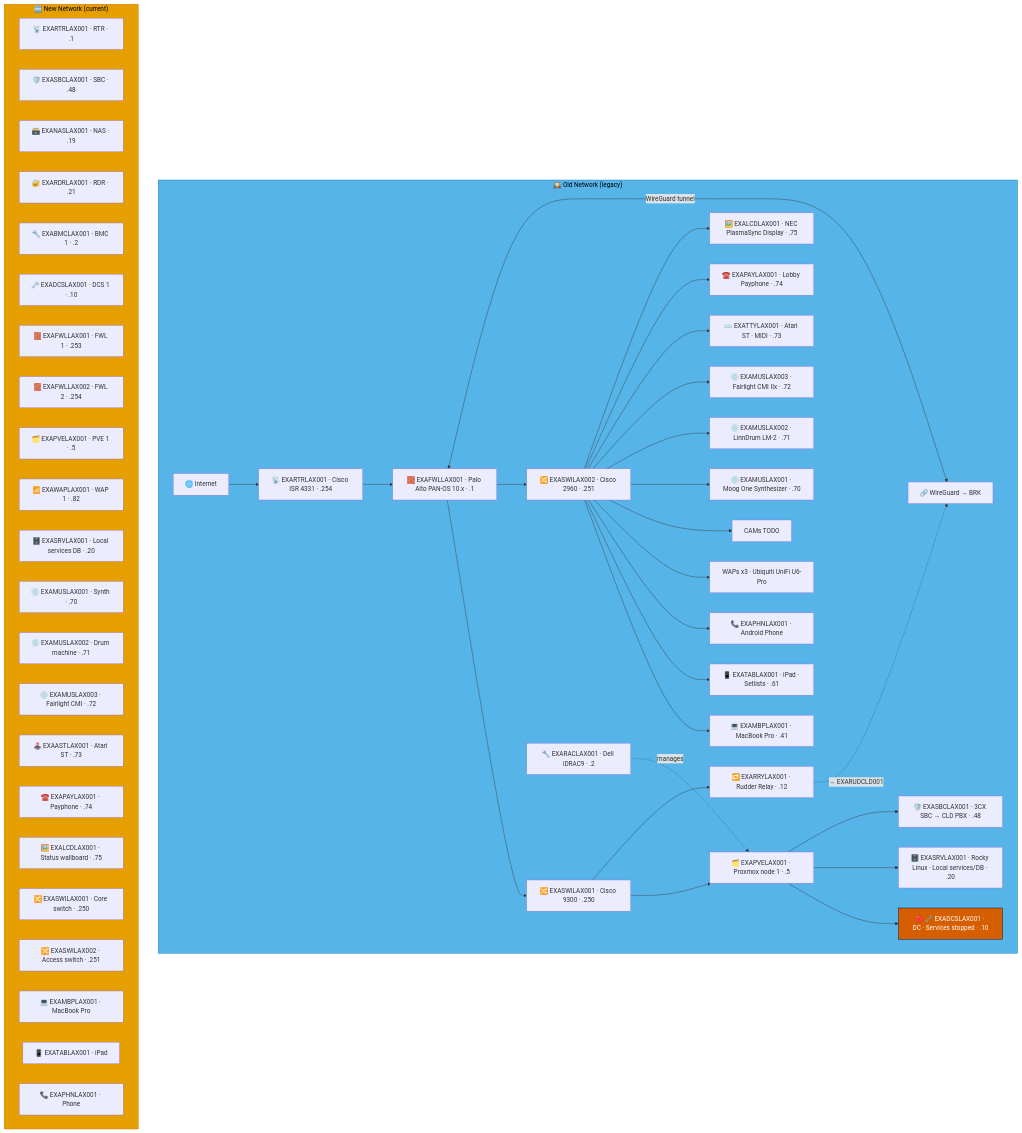
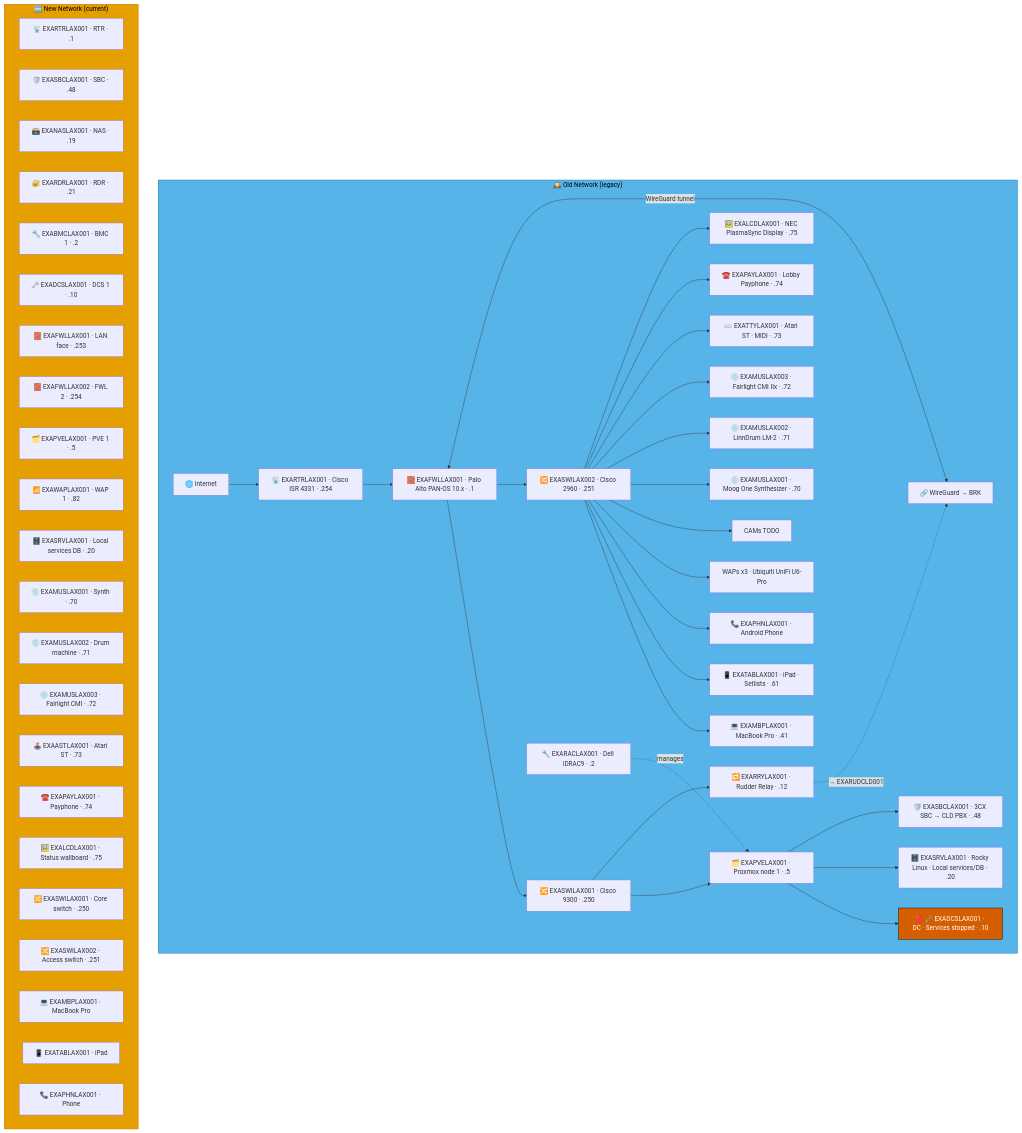
Before and after one commit to knightmare2600/example_music_infra: the first of 8 diagrams in docs/network-diagram/united-states.md, drawn with Mermaid. The commit also changed other lines of this file and 17 other files, not shown here.

````diff
--- a/docs/network-diagram/united-states.md
+++ b/docs/network-diagram/united-states.md
@@ -17,68 +17,68 @@
 ```mermaid
 graph TD
     subgraph OLD_LAX ["🕰️ Old Network (legacy)"]
       INET["🌐 Internet"]
       FWL["🧱 EXAFWLLAX001 · Palo Alto PAN-OS 10.x · .1"]
       SW1["🔀 EXASWILAX001 · Cisco 9300 · .250"]
       SW2["🔀 EXASWILAX002 · Cisco 2960 · .251"]
       RTR["📡 EXARTRLAX001 · Cisco ISR 4331 · .254"]
       RAC["🔧 EXARACLAX001 · Dell iDRAC9 · .2"]
       PVE["🗂️ EXAPVELAX001 · Proxmox node 1 · .5"]
       DC["🔴 🗝️ EXADCSLAX001 · DC · Services stopped · .10"]
       SRV["🗄️ EXASRVLAX001 · Rocky Linux · Local services/DB · .20"]
       SBC["🛡️ EXASBCLAX001 · 3CX SBC → CLD PBX · .48"]
       RRY["🔁 EXARRYLAX001 · Rudder Relay · .12"]
       MBP["💻 EXAMBPLAX001 · MacBook Pro · .41"]
       TAB["📱 EXATABLAX001 · iPad · Setlists · .61"]
       PHN["📞 EXAPHNLAX001 · Android Phone"]
       WAP["WAPs x3 · Ubiquiti UniFi U6-Pro"]
       CAM["CAMs TODO"]
       MOO["💿 EXAMUSLAX001 · Moog One Synthesizer · .70"]
       LIN["💿 EXAMUSLAX002 · LinnDrum LM-2 · .71"]
       FCL["💿 EXAMUSLAX003 · Fairlight CMI IIx · .72"]
       AST["⌨️ EXATTYLAX001 · Atari ST · MIDI · .73"]
       PAY["☎️ EXAPAYLAX001 · Lobby Payphone · .74"]
       LCD["🖼️ EXALCDLAX001 · NEC PlasmaSync Display · .75"]
       VPN["🔗 WireGuard → BRK"]
 
       INET --> RTR --> FWL --> SW1 & SW2
       SW1 --> PVE --> DC & SRV & SBC
       RAC -.->|"manages"| PVE
       SW2 --> MBP & TAB & PHN & WAP & CAM
       SW2 --> MOO & LIN & FCL & AST & PAY & LCD
       FWL <-->|"WireGuard tunnel"| VPN
 
       SW1 --> RRY
       RRY -. "→ EXARUDCLD001" .-> VPN
     end
     style OLD_LAX fill:#56B4E9,stroke:#0072B2,color:#000000
     %% GENERATED:NEW-NETWORK:LAX:START
     subgraph NEW_LAX ["🆕 New Network (current)"]
       N_RTR["📡 EXARTRLAX001 · RTR · .1"]
       N_SBC["🛡️ EXASBCLAX001 · SBC · .48"]
       N_NAS["🗃️ EXANASLAX001 · NAS · .19"]
       N_RDR["🔐 EXARDRLAX001 · RDR · .21"]
       N_BMC["🔧 EXABMCLAX001 · BMC 1 · .2"]
       N_DCS["🗝️ EXADCSLAX001 · DCS 1 · .10"]
-      N_FWL["🧱 EXAFWLLAX001 · FWL 1 · .253"]
+      N_FWL["🧱 EXAFWLLAX001 · LAN face · .253"]
       N_FWL2["🧱 EXAFWLLAX002 · FWL 2 · .254"]
       N_PVE["🗂️ EXAPVELAX001 · PVE 1 · .5"]
       N_WAP["📶 EXAWAPLAX001 · WAP 1 · .82"]
       N_SRV["🗄️ EXASRVLAX001 · Local services DB · .20"]
       N_MUS["💿 EXAMUSLAX001 · Synth · .70"]
       N_MUS2["💿 EXAMUSLAX002 · Drum machine · .71"]
       N_MUS3["💿 EXAMUSLAX003 · Fairlight CMI · .72"]
       N_AST["🕹️ EXAASTLAX001 · Atari ST · .73"]
       N_PAY["☎️ EXAPAYLAX001 · Payphone · .74"]
       N_LCD["🖼️ EXALCDLAX001 · Status wallboard · .75"]
       N_SWI["🔀 EXASWILAX001 · Core switch · .250"]
       N_SWI2["🔀 EXASWILAX002 · Access switch · .251"]
       N_MBP["💻 EXAMBPLAX001 · MacBook Pro"]
       N_TAB["📱 EXATABLAX001 · iPad"]
       N_PHN["📞 EXAPHNLAX001 · Phone"]
     end
     style NEW_LAX fill:#E69F00,stroke:#D55E00,color:#000000
     %% GENERATED:NEW-NETWORK:LAX:END
     classDef warn fill:#D55E00,stroke:#000000,color:#ffffff
     class DC warn
 ```
````
